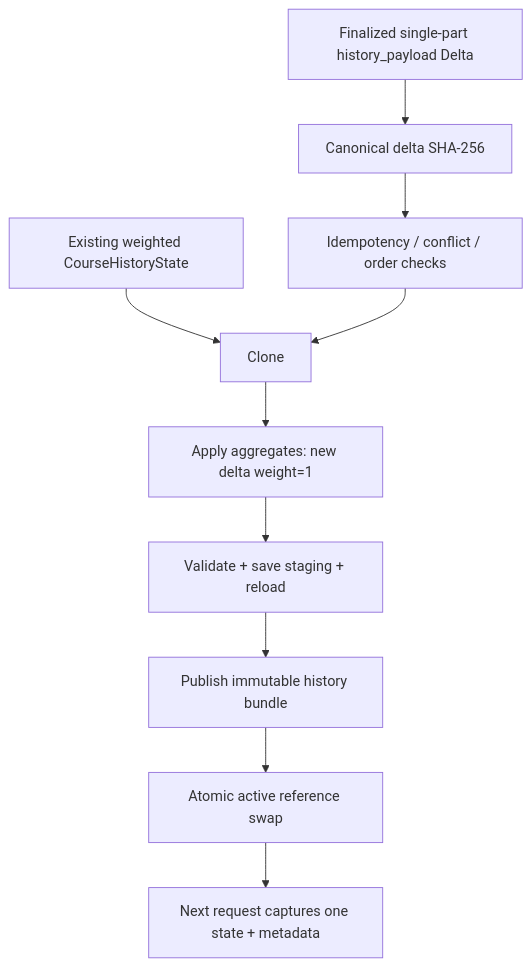
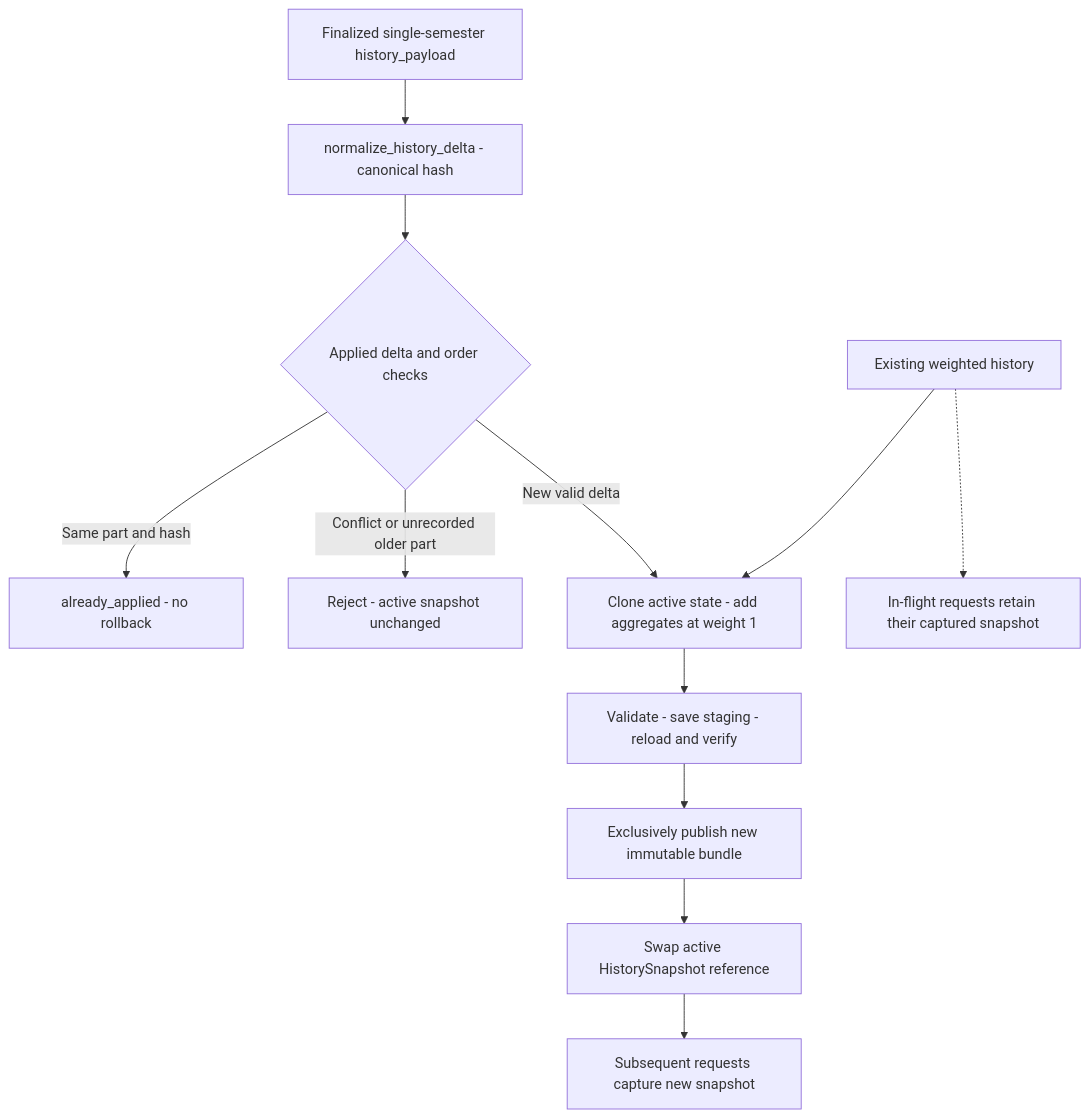
Before and after one commit to ShrkoXIII/Academic_Advisor_Simple: the diagram in plan_explanation/PHASE_03_HISTORY_DELTA_SAVE_ATOMIC_SWAP.md, drawn with Mermaid. The commit also changed other lines of this file and 137 other files, not shown here.

````diff
--- a/plan_explanation/PHASE_03_HISTORY_DELTA_SAVE_ATOMIC_SWAP.md
+++ b/plan_explanation/PHASE_03_HISTORY_DELTA_SAVE_ATOMIC_SWAP.md
@@ -63,11 +48,14 @@
 ```mermaid
 flowchart TD
-    A["Existing weighted CourseHistoryState"] --> C["Clone"]
-    B["Finalized single-part history_payload Delta"] --> H["Canonical delta SHA-256"]
-    H --> I["Idempotency / conflict / order checks"]
-    I --> C --> D["Apply aggregates: new delta weight=1"]
-    D --> V["Validate + save staging + reload"]
-    V --> P["Publish immutable history bundle"]
-    P --> S["Atomic active reference swap"]
-    S --> R["Next request captures one state + metadata"]
+    A["Finalized single-semester history_payload"] --> N["normalize_history_delta - canonical hash"]
+    N --> I{"Applied delta and order checks"}
+    I -->|"Same part and hash"| R["already_applied - no rollback"]
+    I -->|"Conflict or unrecorded older part"| E["Reject - active snapshot unchanged"]
+    I -->|"New valid delta"| C["Clone active state - add aggregates at weight 1"]
+    O["Existing weighted history"] --> C
+    C --> V["Validate - save staging - reload and verify"]
+    V --> P["Exclusively publish new immutable bundle"]
+    P --> S["Swap active HistorySnapshot reference"]
+    S --> Q["Subsequent requests capture new snapshot"]
+    O -.-> W["In-flight requests retain their captured snapshot"]
 ```
````
